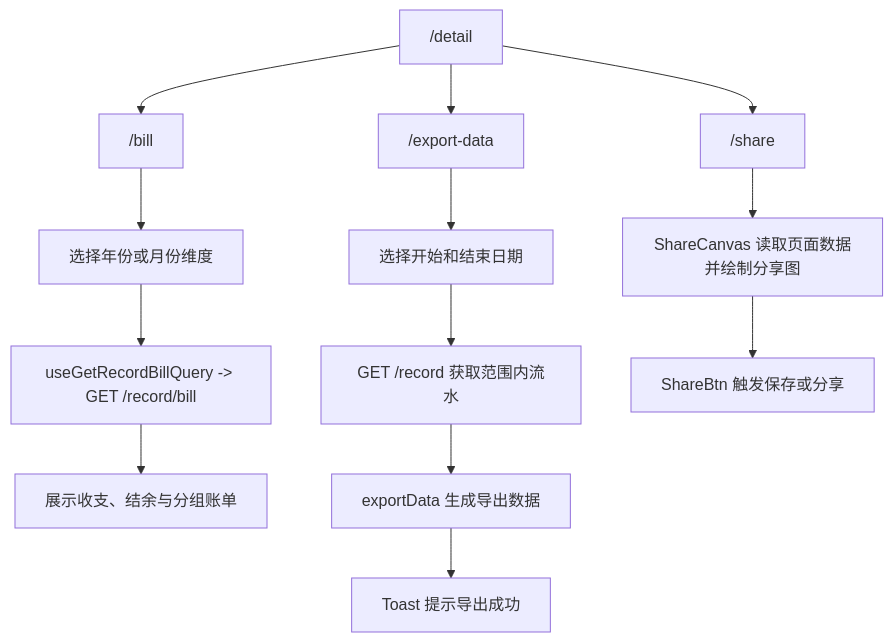
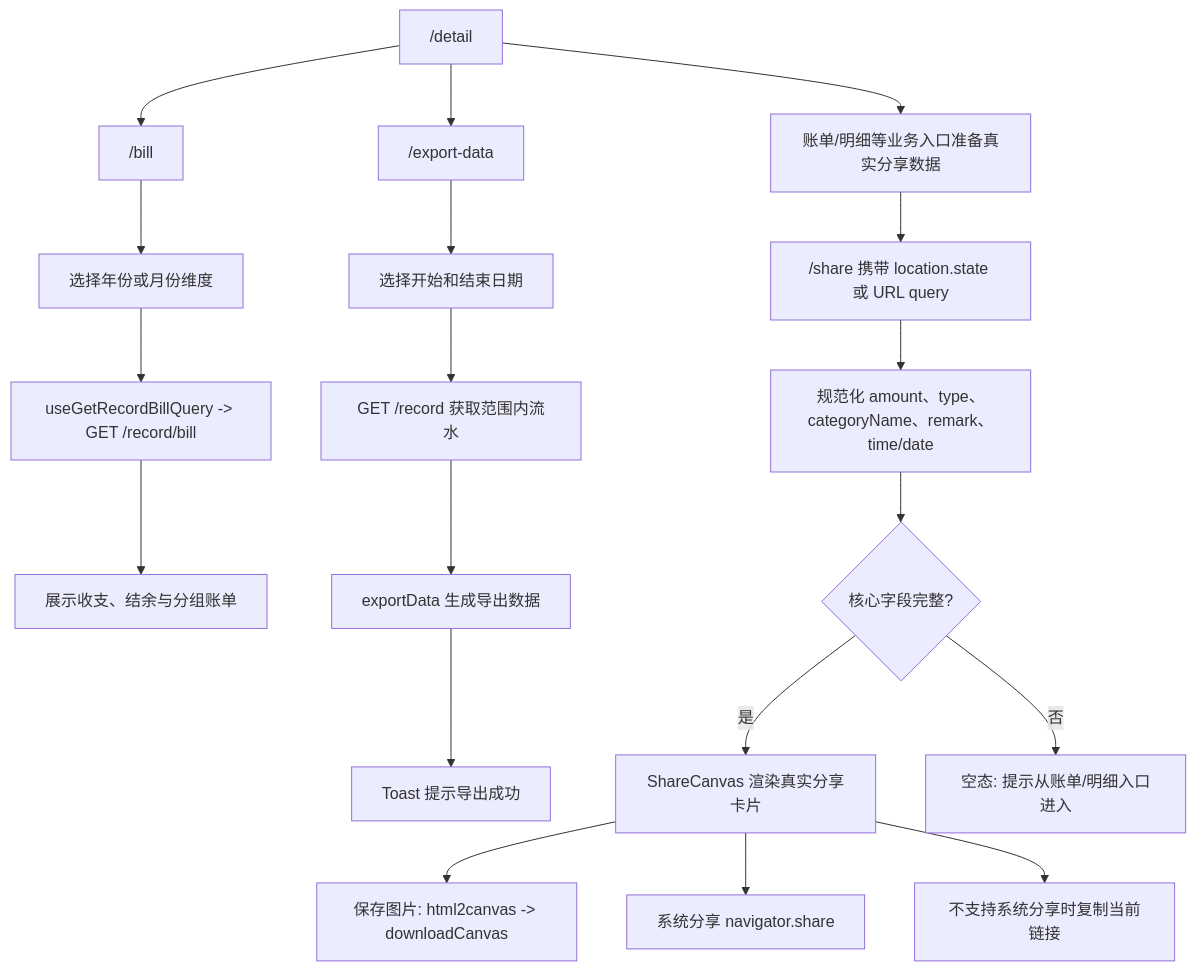
The fourth of 12 diagrams in docs/flowcharts/feature-flows.md (whale-wave/ww-bill-client), drawn with Mermaid before and after one commit. The commit also changed other lines of this file and 46 other files, not shown here.

````diff
--- a/docs/flowcharts/feature-flows.md
+++ b/docs/flowcharts/feature-flows.md
@@ -129,17 +136,23 @@
 ```mermaid
 flowchart TD
   Detail["/detail"] --> Bill["/bill"]
   Bill --> SelectType["选择年份或月份维度"]
   SelectType --> BillApi["useGetRecordBillQuery -> GET /record/bill"]
   BillApi --> BillTabs["展示收支、结余与分组账单"]
 
   Detail --> Export["/export-data"]
   Export --> PickRange["选择开始和结束日期"]
   PickRange --> ExportApi["GET /record 获取范围内流水"]
   ExportApi --> BuildFile["exportData 生成导出数据"]
   BuildFile --> ExportDone["Toast 提示导出成功"]
 
-  Detail --> Share["/share"]
-  Share --> Canvas["ShareCanvas 读取页面数据并绘制分享图"]
-  Canvas --> SaveShare["ShareBtn 触发保存或分享"]
+  Detail --> ShareEntry["账单/明细等业务入口准备真实分享数据"]
+  ShareEntry --> Share["/share 携带 location.state 或 URL query"]
+  Share --> NormalizeShare["规范化 amount、type、categoryName、remark、time/date"]
+  NormalizeShare --> ShareValid{"核心字段完整?"}
+  ShareValid -->|是| Canvas["ShareCanvas 渲染真实分享卡片"]
+  Canvas --> SaveShare["保存图片: html2canvas -> downloadCanvas"]
+  Canvas --> SystemShare["系统分享 navigator.share"]
+  Canvas --> CopyShare["不支持系统分享时复制当前链接"]
+  ShareValid -->|否| ShareEmpty["空态: 提示从账单/明细入口进入"]
 ```
````
